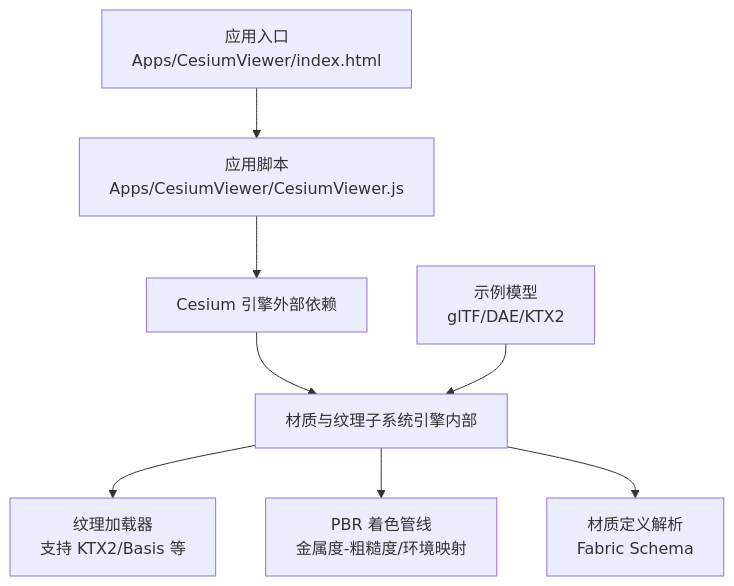
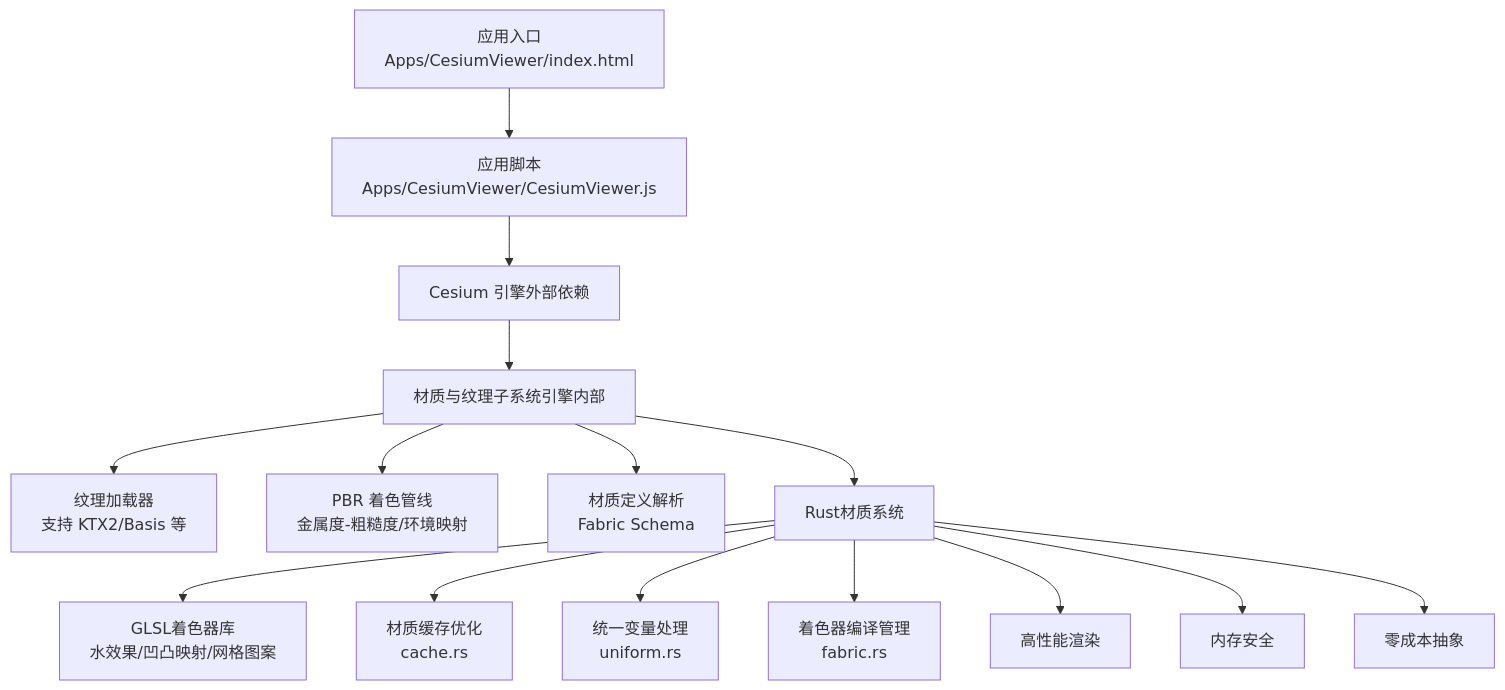
Before and after one commit to rzhangjing/cesium: the first of 10 diagrams in .qoder/repowiki/zh/content/项目概述/核心特性/3D渲染引擎/材质与纹理系统.md, drawn with Mermaid. The commit also changed other lines of this file and 30 other files, not shown here.

````diff
--- a/.qoder/repowiki/zh/content/项目概述/核心特性/3D渲染引擎/材质与纹理系统.md
+++ b/.qoder/repowiki/zh/content/项目概述/核心特性/3D渲染引擎/材质与纹理系统.md
@@ -47,10 +64,17 @@
 ```mermaid
 graph TB
 A["应用入口<br/>Apps/CesiumViewer/index.html"] --> B["应用脚本<br/>Apps/CesiumViewer/CesiumViewer.js"]
 B --> C["Cesium 引擎外部依赖"]
 C --> D["材质与纹理子系统引擎内部"]
 D --> E["纹理加载器<br/>支持 KTX2/Basis 等"]
 D --> F["PBR 着色管线<br/>金属度-粗糙度/环境映射"]
 D --> G["材质定义解析<br/>Fabric Schema"]
-H["示例模型<br/>glTF/DAE/KTX2"] --> D
+D --> H["Rust材质系统<br/>fabric.rs/uniform.rs/cache.rs"]
+H --> I["GLSL着色器库<br/>水效果/凹凸映射/网格图案"]
+H --> J["材质缓存优化<br/>cache.rs"]
+H --> K["统一变量处理<br/>uniform.rs"]
+H --> L["着色器编译管理<br/>fabric.rs"]
+H["Rust材质系统"] --> M["高性能渲染"]
+H --> N["内存安全"]
+H --> O["零成本抽象"]
 ```
````
